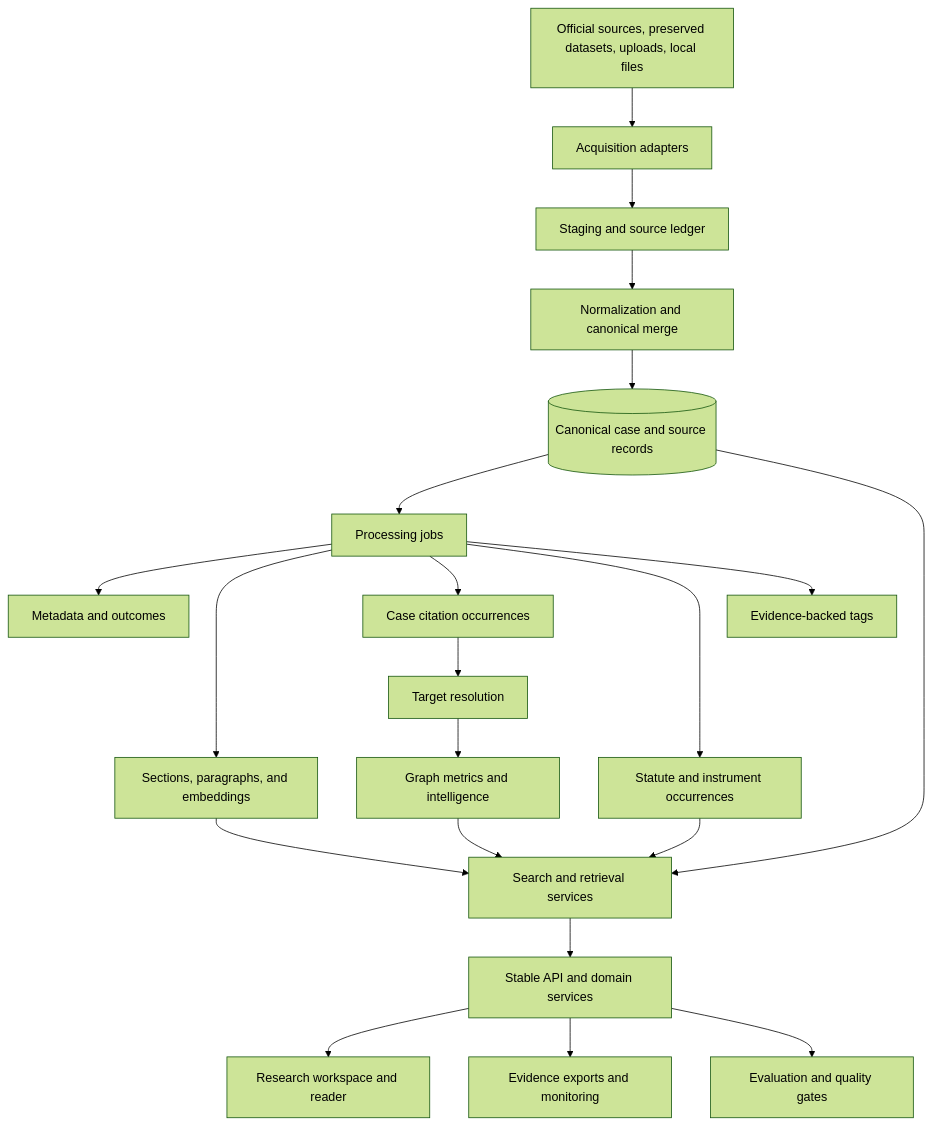
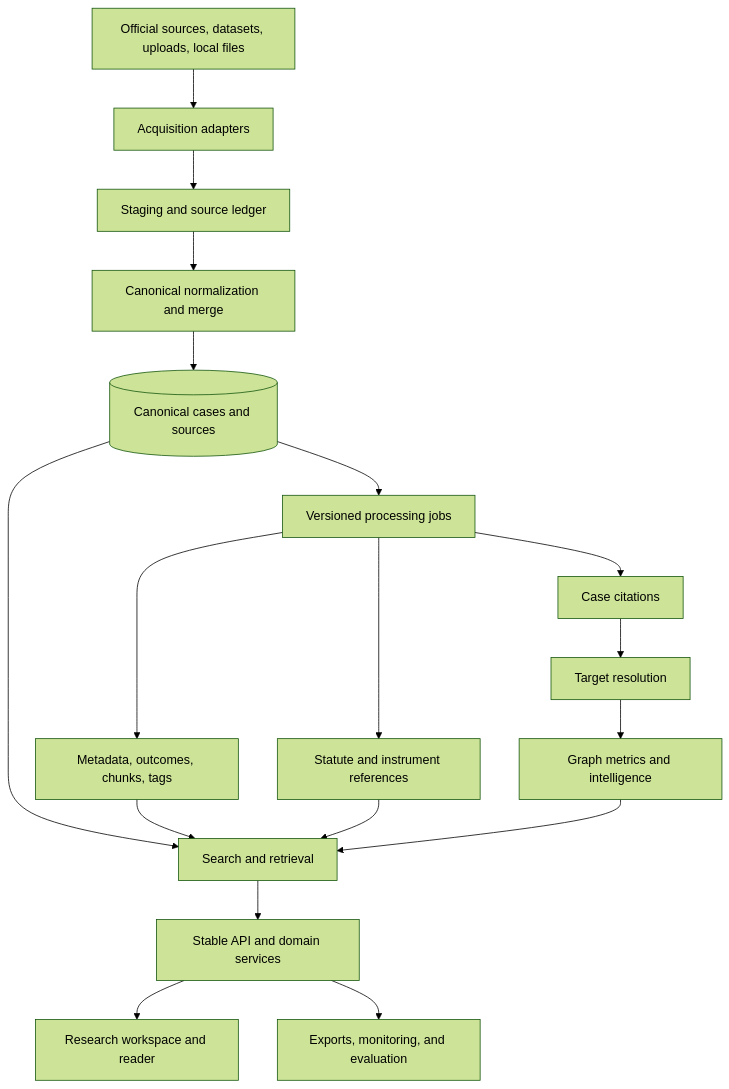
The second of 3 diagrams in .swm/future-state.north-star.sw.md (greystone-dan/LitIntelproject), drawn with Mermaid (forest theme) before and after one commit. The commit also changed other lines of this file and 1 other file, not shown here.

````diff
--- a/.swm/future-state.north-star.sw.md
+++ b/.swm/future-state.north-star.sw.md
@@ -187,23 +87,20 @@
 ```mermaid
 flowchart TD
-    S[Official sources, preserved datasets, uploads, local files] --> A[Acquisition adapters]
-    A --> ST[Staging and source ledger]
-    ST --> N[Normalization and canonical merge]
-    N --> K[(Canonical case and source records)]
-    K --> P[Processing jobs]
-    P --> MD[Metadata and outcomes]
-    P --> CH[Sections, paragraphs, and embeddings]
-    P --> CC[Case citation occurrences]
-    P --> SR[Statute and instrument occurrences]
-    P --> TG[Evidence-backed tags]
-    CC --> RS[Target resolution]
-    RS --> GR[Graph metrics and intelligence]
-    K --> IQ[Search and retrieval services]
-    CH --> IQ
-    SR --> IQ
-    GR --> IQ
-    IQ --> API[Stable API and domain services]
+    S[Official sources, datasets, uploads, local files] --> A[Acquisition adapters]
+    A --> L[Staging and source ledger]
+    L --> N[Canonical normalization and merge]
+    N --> K[(Canonical cases and sources)]
+    K --> P[Versioned processing jobs]
+    P --> D[Metadata, outcomes, chunks, tags]
+    P --> C[Case citations]
+    P --> T[Statute and instrument references]
+    C --> R[Target resolution]
+    R --> G[Graph metrics and intelligence]
+    K --> I[Search and retrieval]
+    D --> I
+    T --> I
+    G --> I
+    I --> API[Stable API and domain services]
     API --> UI[Research workspace and reader]
-    API --> EXP[Evidence exports and monitoring]
-    API --> QA[Evaluation and quality gates]
+    API --> OUT[Exports, monitoring, and evaluation]
 ```
````
